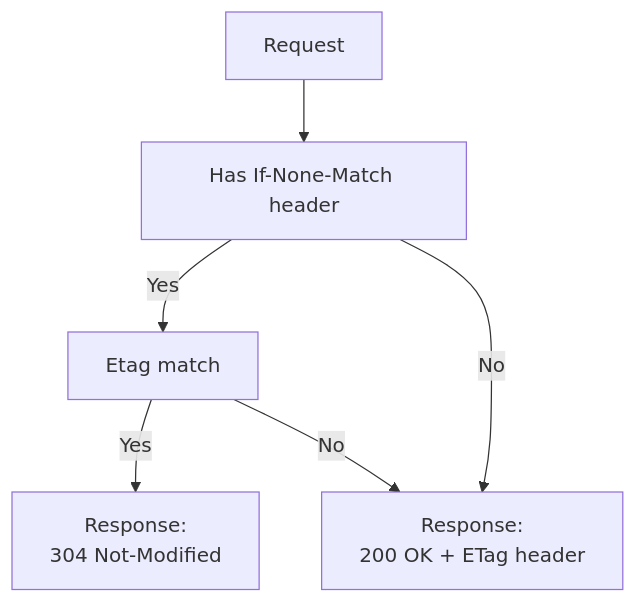
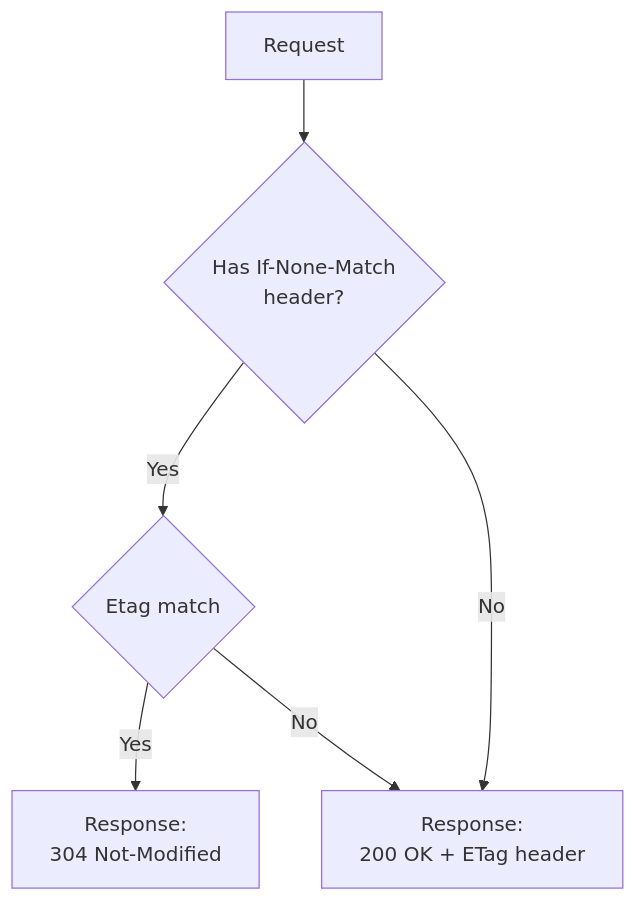
Before and after one commit to SimonCropp/Delta: the diagram in readme.md, drawn with Mermaid.

````diff
--- a/readme.md
+++ b/readme.md
@@ -22,13 +22,13 @@
 ```mermaid
 graph TD
     Request
-    IfNoneMatch[Has If-None-Match header]
-    EtagMatch[Etag match]
+    IfNoneMatch{Has If-None-Match<br/>header?}
+    EtagMatch{Etag match}
     200[Response:<br/>200 OK + ETag header]
     304[Response:<br/>304 Not-Modified]
     Request --> IfNoneMatch
     IfNoneMatch -->|Yes| EtagMatch
     IfNoneMatch -->|No| 200
     EtagMatch -->|Yes| 304
     EtagMatch -->|No| 200
 ```
````
